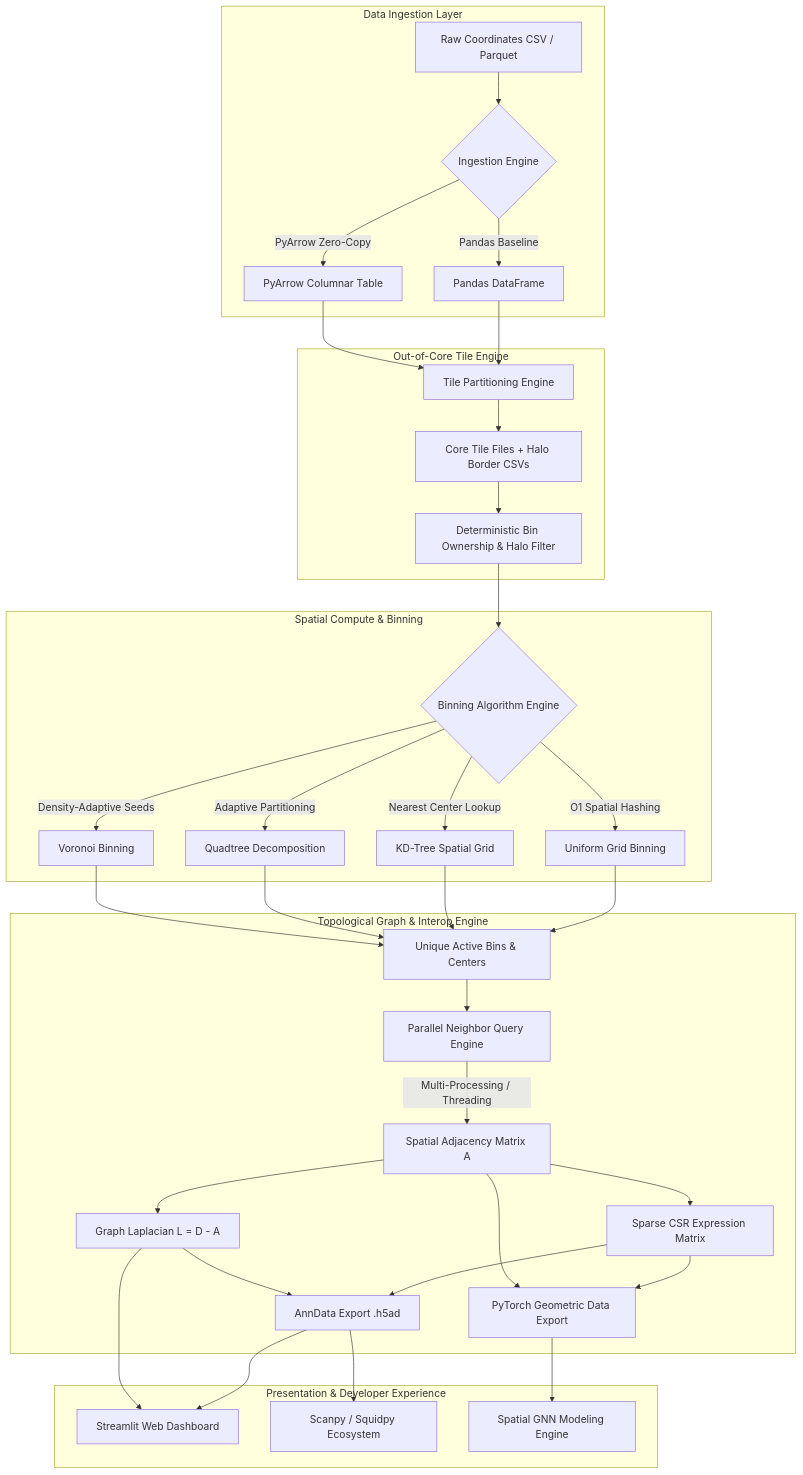
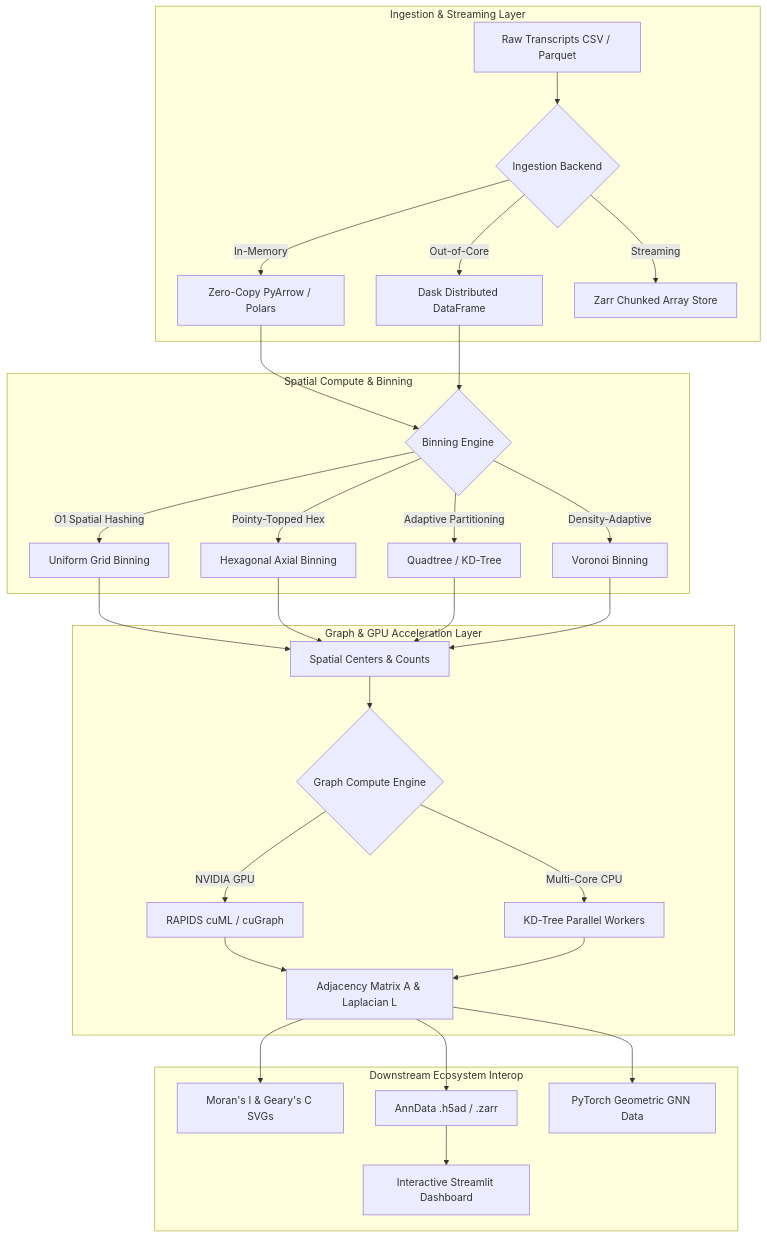
One commit to GIlbertoRCP/spatial_pipeline changed the diagram in README.MD. Above: the diagram before and after it, drawn with Mermaid. The commit also changed other lines of this file and 26 other files, not shown here.

````diff
--- a/README.MD
+++ b/README.MD
@@ -27,45 +35,37 @@
 ```mermaid
 flowchart TD
-    subgraph Data Ingestion Layer
-        A[Raw Coordinates CSV / Parquet] --> B{Ingestion Engine}
-        B -->|Pandas Baseline| C[Pandas DataFrame]
-        B -->|PyArrow Zero-Copy| D[PyArrow Columnar Table]
-    end
-
-    subgraph Out-of-Core Tile Engine
-        C --> E[Tile Partitioning Engine]
-        D --> E
-        E --> F[Core Tile Files + Halo Border CSVs]
-        F --> G[Deterministic Bin Ownership & Halo Filter]
+    subgraph Ingestion & Streaming Layer
+        A[Raw Transcripts CSV / Parquet] --> B{Ingestion Backend}
+        B -->|In-Memory| C[Zero-Copy PyArrow / Polars]
+        B -->|Out-of-Core| D[Dask Distributed DataFrame]
+        B -->|Streaming| Z[Zarr Chunked Array Store]
     end
 
     subgraph Spatial Compute & Binning
-        G --> H{Binning Algorithm Engine}
+        C --> H{Binning Engine}
+        D --> H
         H -->|O1 Spatial Hashing| I[Uniform Grid Binning]
-        H -->|Nearest Center Lookup| J[KD-Tree Spatial Grid]
-        H -->|Adaptive Partitioning| K[Quadtree Decomposition]
-        H -->|Density-Adaptive Seeds| V[Voronoi Binning]
+        H -->|Pointy-Topped Hex| J[Hexagonal Axial Binning]
+        H -->|Adaptive Partitioning| K[Quadtree / KD-Tree]
+        H -->|Density-Adaptive| V[Voronoi Binning]
     end
 
-    subgraph Topological Graph & Interop Engine
-        I --> L[Unique Active Bins & Centers]
+    subgraph Graph & GPU Acceleration Layer
+        I --> L[Spatial Centers & Counts]
         J --> L
         K --> L
         V --> L
-        L --> M[Parallel Neighbor Query Engine]
-        M -->|Multi-Processing / Threading| N[Spatial Adjacency Matrix A]
-        N --> O[Graph Laplacian L = D - A]
-        N --> P[Sparse CSR Expression Matrix]
-        P --> AD[AnnData Export .h5ad]
-        O --> AD
-        P --> PYG[PyTorch Geometric Data Export]
-        N --> PYG
+        L --> G{Graph Compute Engine}
+        G -->|NVIDIA GPU| GPU[RAPIDS cuML / cuGraph]
+        G -->|Multi-Core CPU| CPU[KD-Tree Parallel Workers]
+        GPU --> M[Adjacency Matrix A & Laplacian L]
+        CPU --> M
     end
 
-    subgraph Presentation & Developer Experience
-        AD --> Q[Streamlit Web Dashboard]
-        O --> Q
-        AD --> R[Scanpy / Squidpy Ecosystem]
-        PYG --> S[Spatial GNN Modeling Engine]
+    subgraph Downstream Ecosystem Interop
+        M --> SVG[Moran's I & Geary's C SVGs]
+        M --> AD[AnnData .h5ad / .zarr]
+        M --> PYG[PyTorch Geometric GNN Data]
+        AD --> UI[Interactive Streamlit Dashboard]
     end
 ```
````
